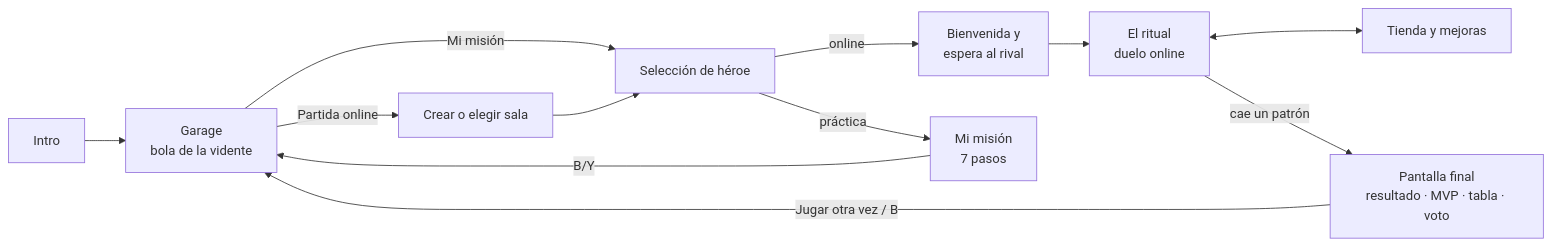
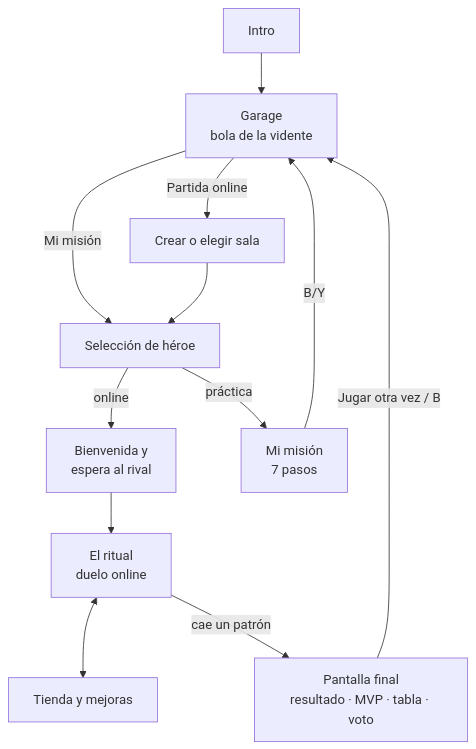
The first of 2 diagrams in README.md (elmano777/unity2), drawn with Mermaid before and after one commit.

Commit message:
README: diagrama de flujo en vertical

````diff
--- a/README.md
+++ b/README.md
@@ -130,14 +130,14 @@
 ```mermaid
-flowchart LR
+flowchart TD
     I[Intro] --> G[Garage<br/>bola de la vidente]
     G -- Partida online --> S[Crear o elegir sala]
     G -- Mi misión --> H[Selección de héroe]
     S --> H
     H -- online --> B[Bienvenida y<br/>espera al rival]
     H -- práctica --> M[Mi misión<br/>7 pasos]
     B --> R[El ritual<br/>duelo online]
     R <--> T[Tienda y mejoras]
     R -- cae un patrón --> F[Pantalla final<br/>resultado · MVP · tabla · voto]
     F -- Jugar otra vez / B --> G
     M -- B/Y --> G
 ```
````
